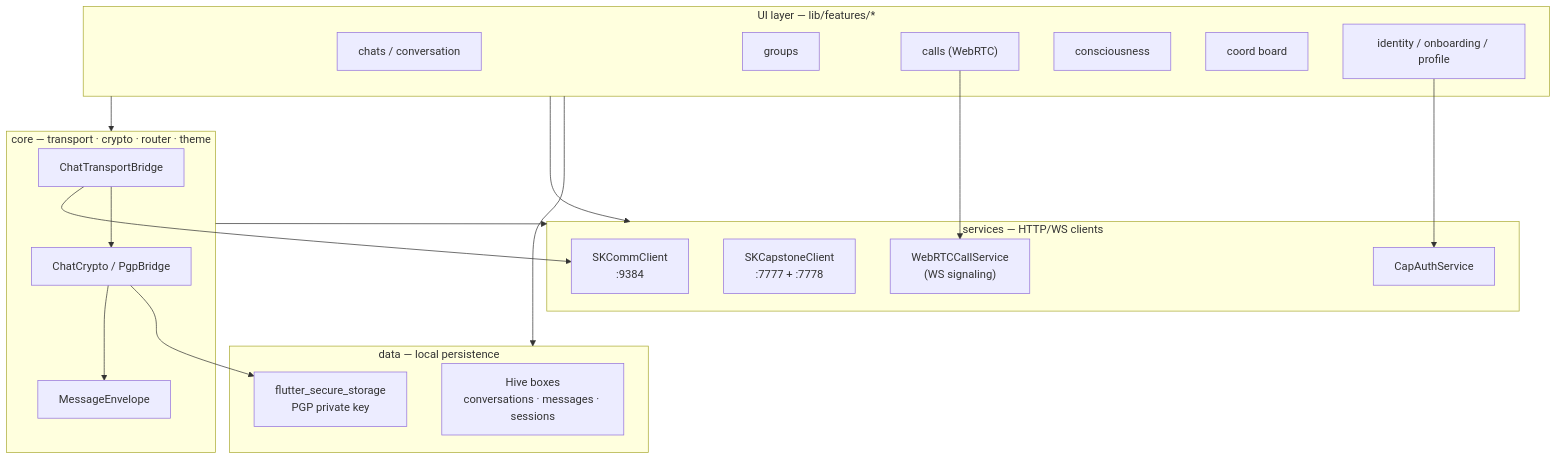
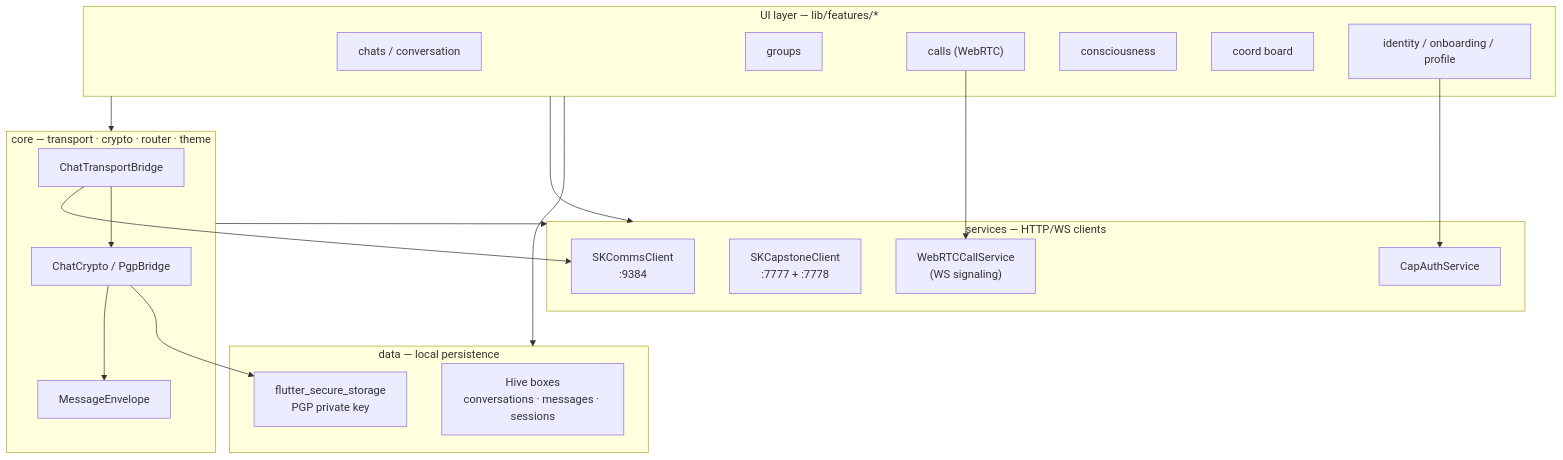
One commit to smilinTux/skchat-app changed the first of 4 diagrams in docs/ARCHITECTURE.md. Above: the diagram before and after it, drawn with Mermaid. The commit also changed other lines of this file and 35 other files, not shown here.

Commit message:
refactor: skcomm→skcomms across app (files, identifiers, docs)

````diff
--- a/docs/ARCHITECTURE.md
+++ b/docs/ARCHITECTURE.md
@@ -20,40 +20,40 @@
 ```mermaid
 flowchart TD
     subgraph UI["UI layer — lib/features/*"]
       CHATS["chats / conversation"]
       GROUPS["groups"]
       CALLS["calls (WebRTC)"]
       CONS["consciousness"]
       COORD["coord board"]
       ID["identity / onboarding / profile"]
     end
 
     subgraph CORE["core — transport · crypto · router · theme"]
       BRIDGE["ChatTransportBridge"]
       CRYPTO["ChatCrypto / PgpBridge"]
       ENV["MessageEnvelope"]
     end
 
     subgraph SVC["services — HTTP/WS clients"]
-      SKCOMM["SKCommClient<br/>:9384"]
+      SKCOMMS["SKCommsClient<br/>:9384"]
       SKCAP["SKCapstoneClient<br/>:7777 + :7778"]
       WRTC["WebRTCCallService<br/>(WS signaling)"]
       CAP["CapAuthService"]
     end
 
     subgraph DATA["data — local persistence"]
       HIVE["Hive boxes<br/>conversations · messages · sessions"]
       SEC["flutter_secure_storage<br/>PGP private key"]
     end
 
     UI --> CORE
     CORE --> SVC
     UI --> SVC
-    BRIDGE --> SKCOMM
+    BRIDGE --> SKCOMMS
     BRIDGE --> CRYPTO
     CRYPTO --> ENV
     CALLS --> WRTC
     ID --> CAP
     UI --> DATA
     CRYPTO --> SEC
 ```
````
